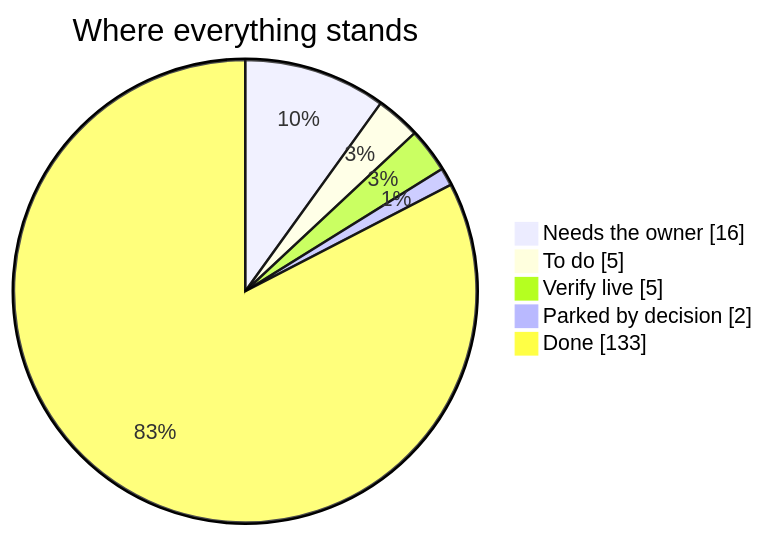
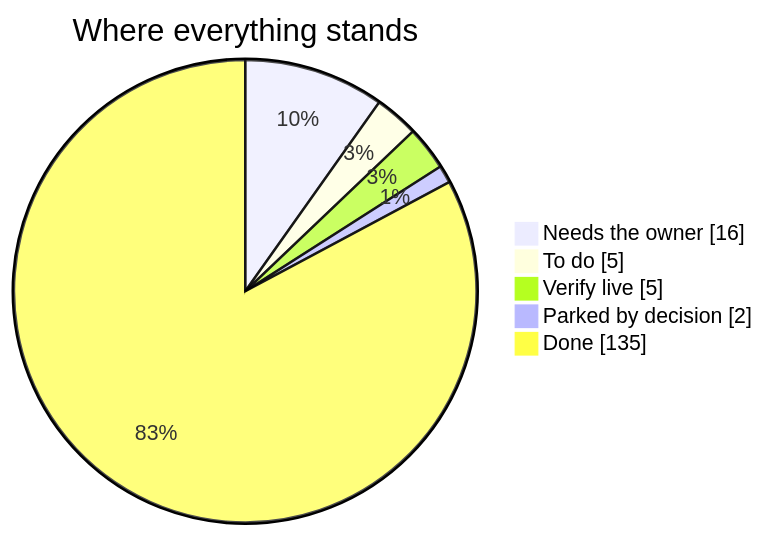
One commit to divitkej/gradlink changed the diagram in launch-board/README.md. Above: the diagram before and after it, drawn with Mermaid. The commit also changed other lines of this file and 4 other files, not shown here.

````diff
--- a/launch-board/README.md
+++ b/launch-board/README.md
@@ -11,9 +11,9 @@
 ```mermaid
 pie showData
   title Where everything stands
   "Needs the owner" : 16
   "To do" : 5
   "Verify live" : 5
   "Parked by decision" : 2
-  "Done" : 133
+  "Done" : 135
 ```
````
